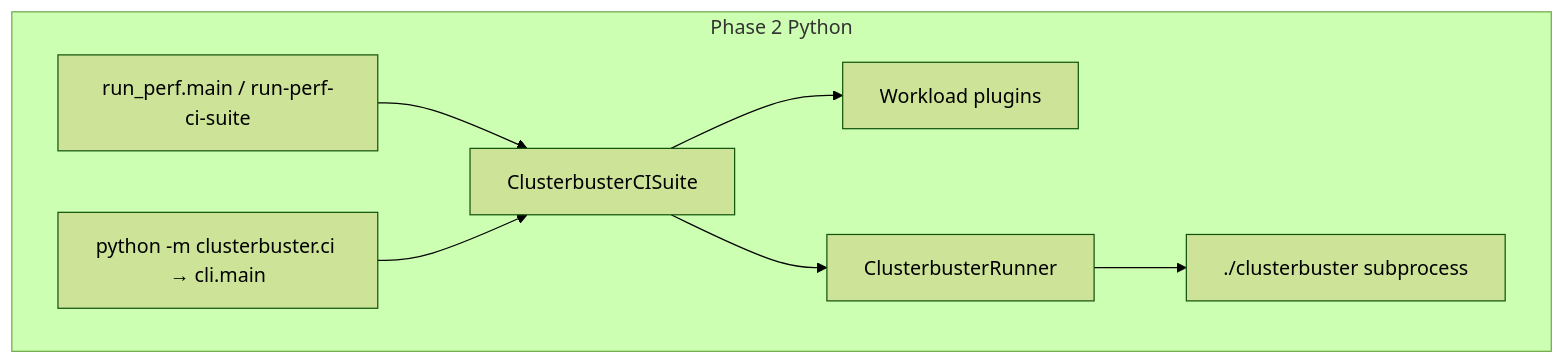
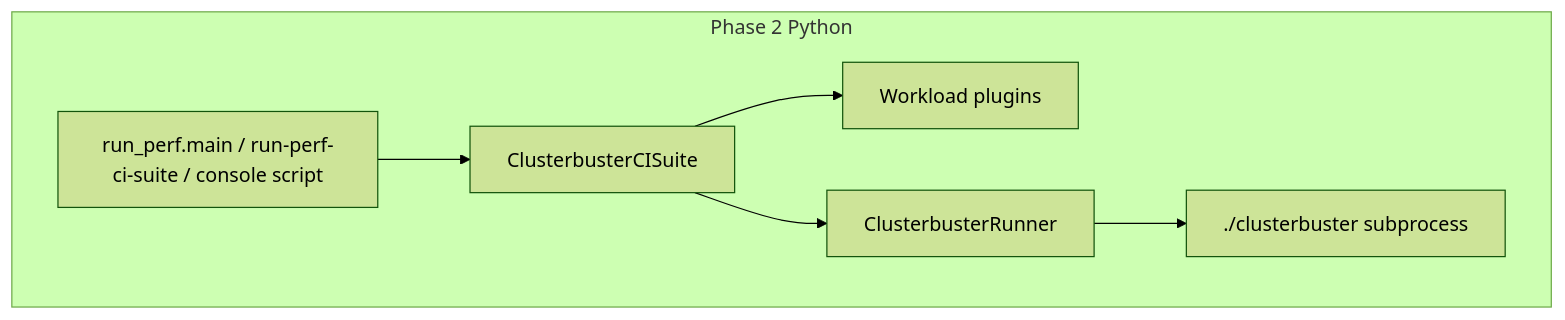
Before and after one commit to RobertKrawitz/clusterbuster: the second of 2 diagrams in docs/clusterbuster-ci-python-phase2.md, drawn with Mermaid (forest theme). The commit also changed other lines of this file, not shown here.

First line of the commit message:
docs: Phase 2 plan — single parity CLI, second-pass review items

````diff
--- a/docs/clusterbuster-ci-python-phase2.md
+++ b/docs/clusterbuster-ci-python-phase2.md
@@ -41,16 +44,14 @@
 ```mermaid
 flowchart TB
   subgraph phase2 [Phase 2 Python]
-    RP[run_perf.main / run-perf-ci-suite]
-    CLI[python -m clusterbuster.ci → cli.main]
+    RP[run_perf.main / run-perf-ci-suite / console script]
     S[ClusterbusterCISuite]
     R[ClusterbusterRunner]
     P[Workload plugins]
     B2[./clusterbuster subprocess]
     RP --> S
-    CLI --> S
     S --> P
     S --> R
     R --> B2
   end
 ```
````
